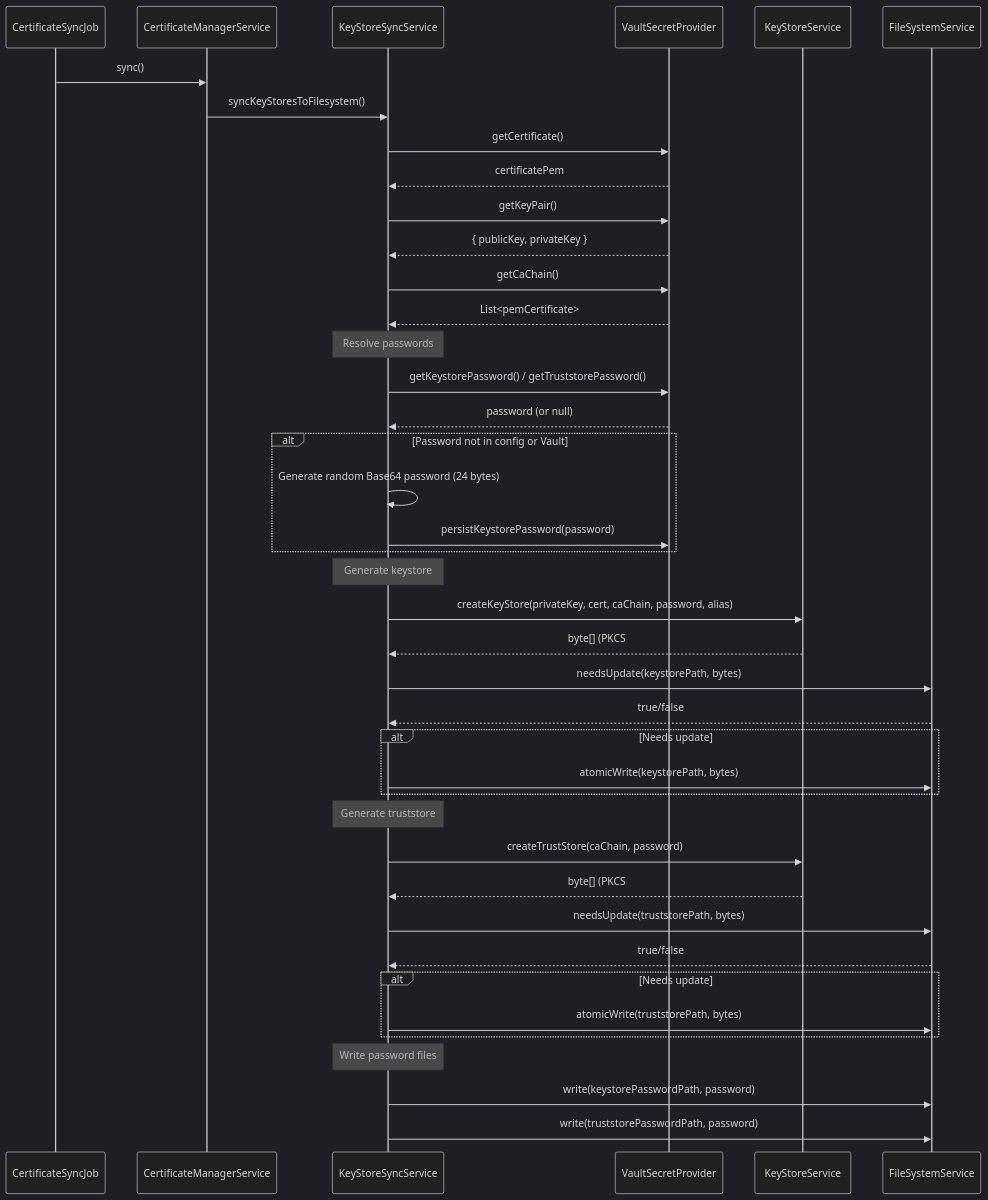
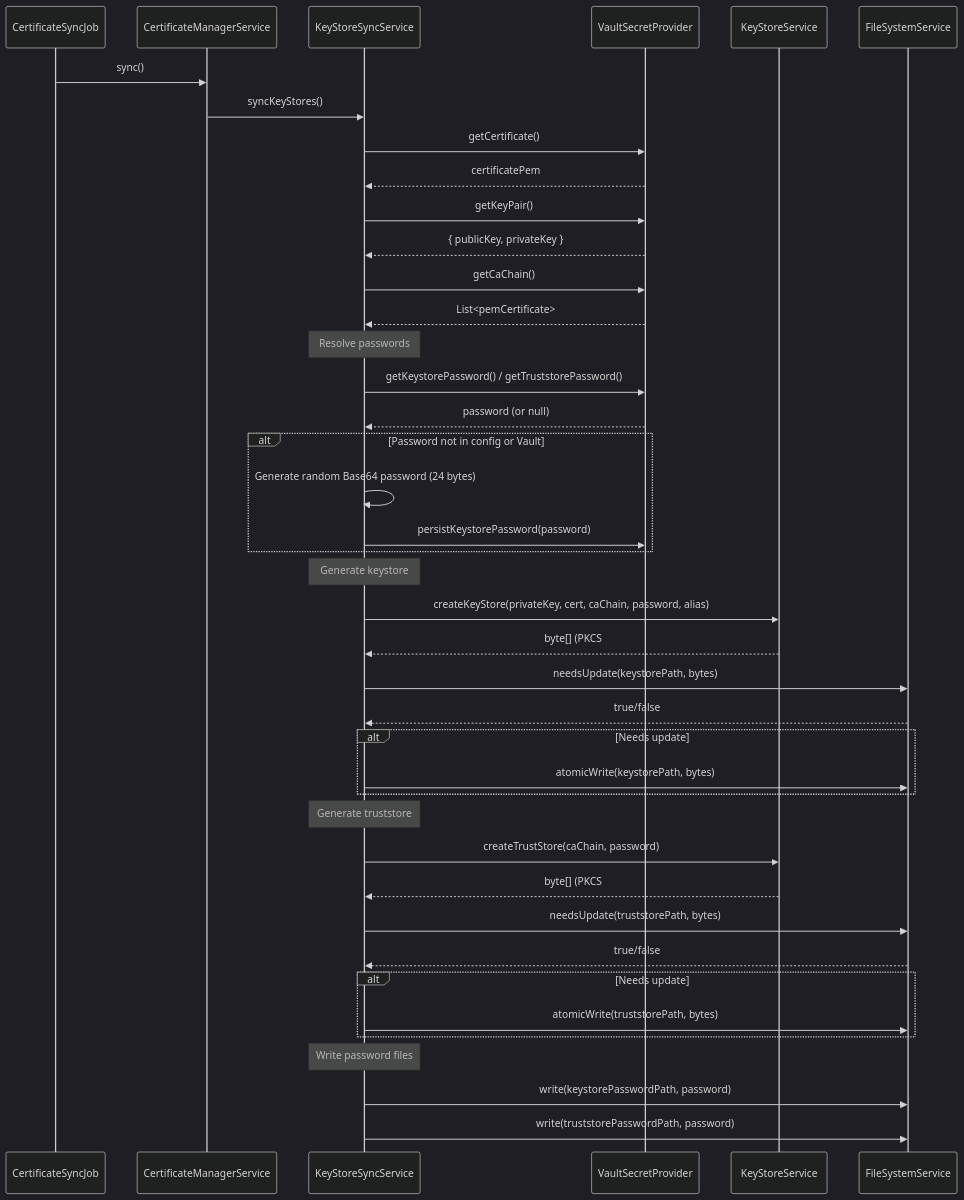
One commit to National-Node-Net/federator-certificate-manager changed the fourth of 5 diagrams in docs/certificate-lifecycle.md. Above: the diagram before and after it, drawn with Mermaid (dark theme). The commit also changed 26 other files, not shown here.

````diff
--- a/docs/certificate-lifecycle.md
+++ b/docs/certificate-lifecycle.md
@@ -176,54 +176,54 @@
 ```mermaid
 sequenceDiagram
     participant Scheduler as CertificateSyncJob
     participant CMS as CertificateManagerService
     participant KSS as KeyStoreSyncService
     participant VSP as VaultSecretProvider
     participant KS as KeyStoreService
     participant FS as FileSystemService
 
     Scheduler->>CMS: sync()
-    CMS->>KSS: syncKeyStoresToFilesystem()
+    CMS->>KSS: syncKeyStores()
 
     KSS->>VSP: getCertificate()
     VSP-->>KSS: certificatePem
     KSS->>VSP: getKeyPair()
     VSP-->>KSS: { publicKey, privateKey }
     KSS->>VSP: getCaChain()
     VSP-->>KSS: List<pemCertificate>
 
     Note over KSS: Resolve passwords
     KSS->>VSP: getKeystorePassword() / getTruststorePassword()
     VSP-->>KSS: password (or null)
 
     alt Password not in config or Vault
         KSS->>KSS: Generate random Base64 password (24 bytes)
         KSS->>VSP: persistKeystorePassword(password)
     end
 
     Note over KSS: Generate keystore
     KSS->>KS: createKeyStore(privateKey, cert, caChain, password, alias)
     KS-->>KSS: byte[] (PKCS#12)
 
     KSS->>FS: needsUpdate(keystorePath, bytes)
     FS-->>KSS: true/false
 
     alt Needs update
         KSS->>FS: atomicWrite(keystorePath, bytes)
     end
 
     Note over KSS: Generate truststore
     KSS->>KS: createTrustStore(caChain, password)
     KS-->>KSS: byte[] (PKCS#12)
 
     KSS->>FS: needsUpdate(truststorePath, bytes)
     FS-->>KSS: true/false
 
     alt Needs update
         KSS->>FS: atomicWrite(truststorePath, bytes)
     end
 
     Note over KSS: Write password files
     KSS->>FS: write(keystorePasswordPath, password)
     KSS->>FS: write(truststorePasswordPath, password)
 ```
````
